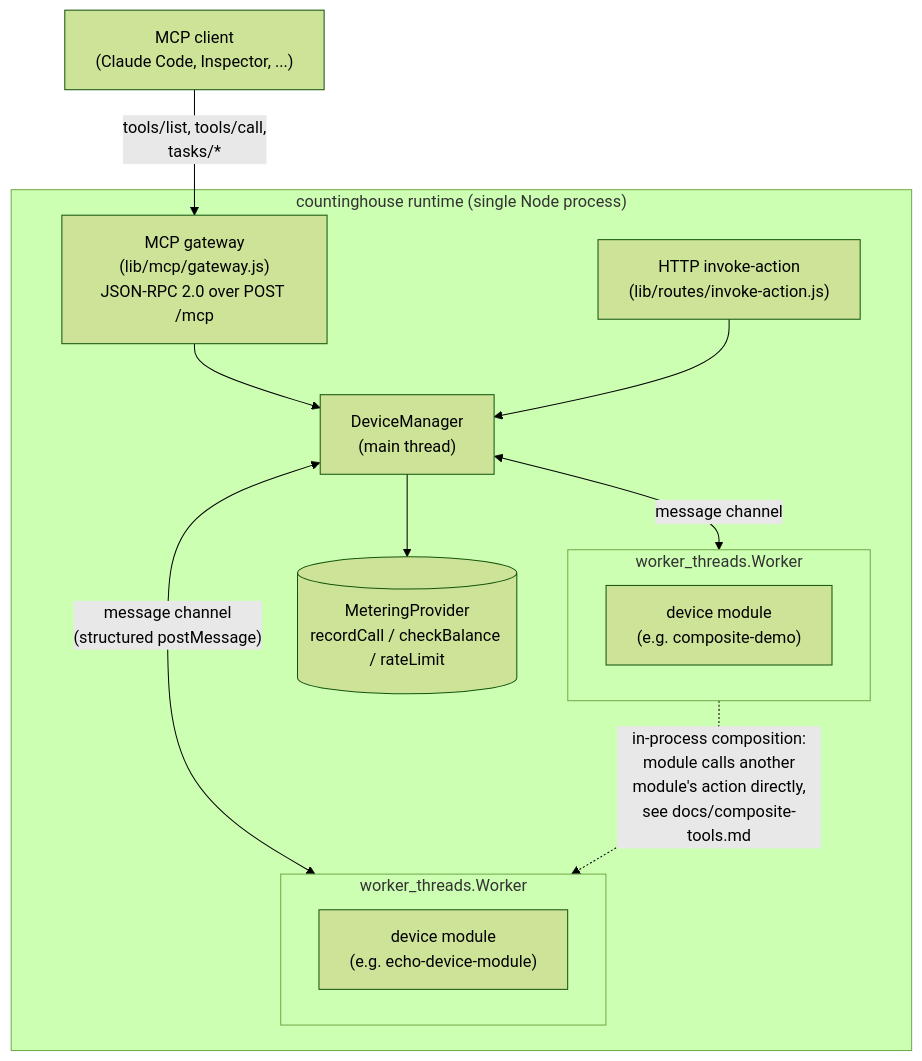
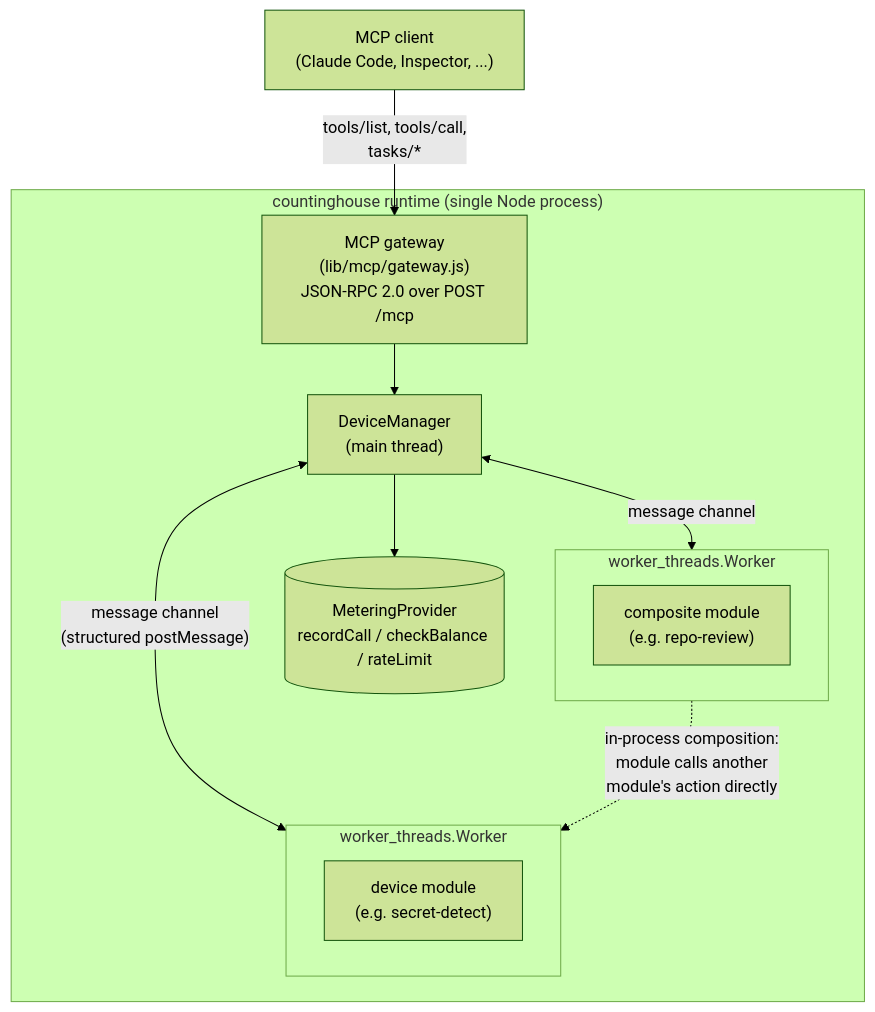
The diagram in README.md (mchen6/countinghouse), drawn with Mermaid (forest theme) before and after one commit. The commit also changed other lines of this file and 2 other files, not shown here.

````diff
--- a/README.md
+++ b/README.md
@@ -342,27 +158,25 @@
 ```mermaid
 flowchart TB
     client["MCP client<br/>(Claude Code, Inspector, ...)"]
 
     subgraph runtime["countinghouse runtime (single Node process)"]
         gateway["MCP gateway<br/>(lib/mcp/gateway.js)<br/>JSON-RPC 2.0 over POST /mcp"]
-        http["HTTP invoke-action<br/>(lib/routes/invoke-action.js)"]
         dm["DeviceManager<br/>(main thread)"]
         meter[("MeteringProvider<br/>recordCall / checkBalance / rateLimit")]
 
         subgraph w1["worker_threads.Worker"]
-            m1["device module<br/>(e.g. echo-device-module)"]
+            m1["device module<br/>(e.g. secret-detect)"]
         end
         subgraph w2["worker_threads.Worker"]
-            m2["device module<br/>(e.g. composite-demo)"]
+            m2["composite module<br/>(e.g. repo-review)"]
         end
 
         gateway --> dm
-        http --> dm
         dm <-->|"message channel<br/>(structured postMessage)"| w1
         dm <-->|"message channel"| w2
-        w2 -.->|"in-process composition:<br/>module calls another<br/>module's action directly,<br/>see docs/composite-tools.md"| w1
+        w2 -.->|"in-process composition:<br/>module calls another<br/>module's action directly"| w1
         dm --> meter
     end
 
     client -->|"tools/list, tools/call,<br/>tasks/*"| gateway
 ```
````
